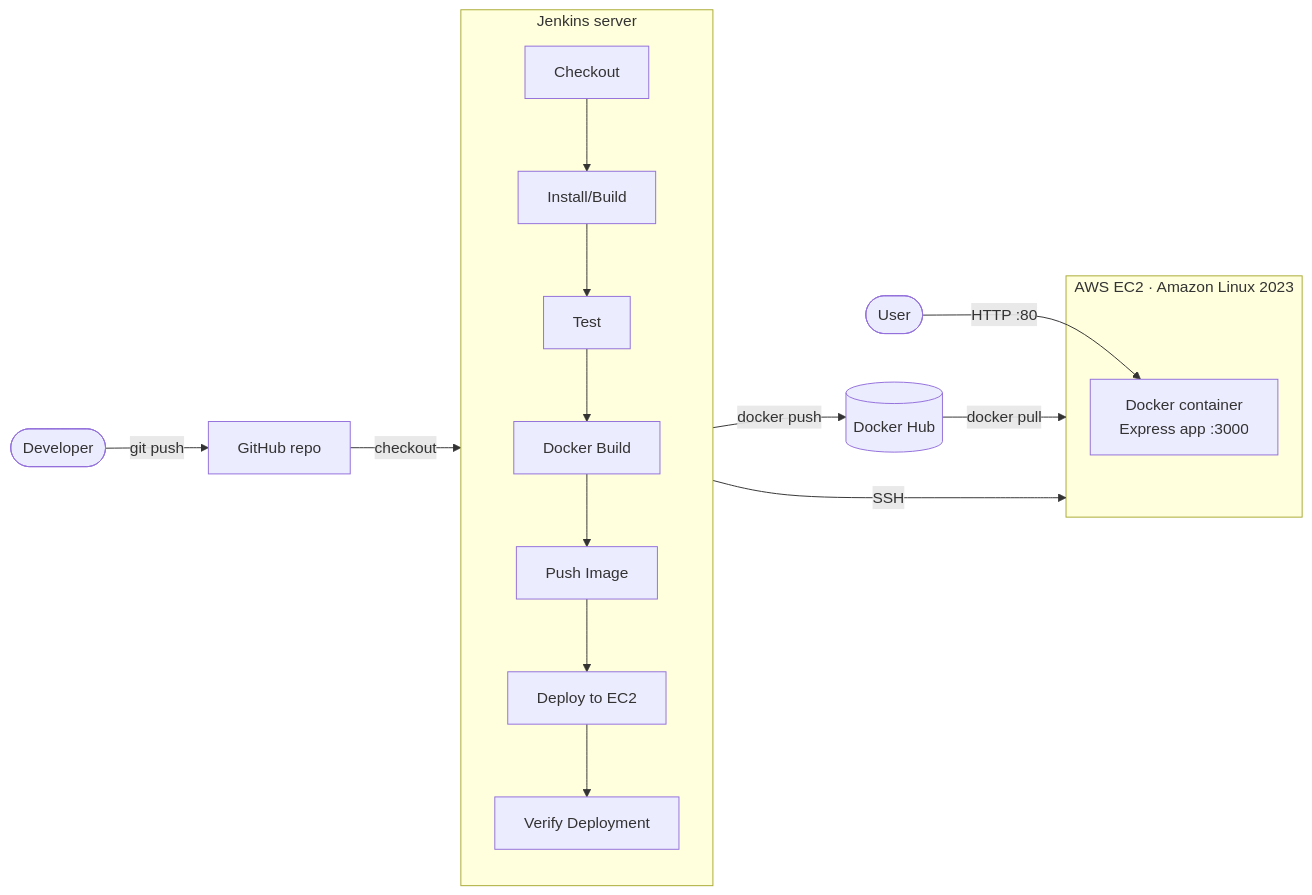
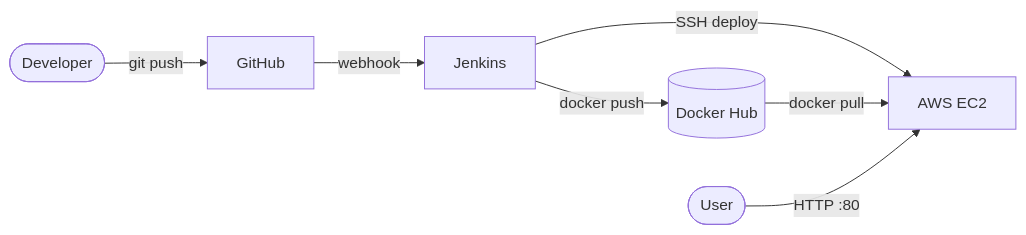
One commit to Mbaduko/pipeline-jenkins changed the diagram in README.md. Above: the diagram before and after it, drawn with Mermaid. The commit also changed other lines of this file, not shown here.

````diff
--- a/README.md
+++ b/README.md
@@ -33,20 +7,9 @@
 ```mermaid
 flowchart LR
-    dev([Developer]) -->|git push| gh[GitHub repo]
-    gh -->|checkout| jenkins
-
-    subgraph jenkins[Jenkins server]
-        direction TB
-        s1[Checkout] --> s2[Install/Build] --> s3[Test] --> s4[Docker Build] --> s5[Push Image] --> s6[Deploy to EC2] --> s7[Verify Deployment]
-    end
-
-    s5 -->|docker push| hub[(Docker Hub)]
-    s6 -->|SSH| ec2
+    dev([Developer]) -->|git push| gh[GitHub]
+    gh -->|webhook| jenkins[Jenkins]
+    jenkins -->|docker push| hub[(Docker Hub)]
+    jenkins -->|SSH deploy| ec2[AWS EC2]
     hub -->|docker pull| ec2
-
-    subgraph ec2[AWS EC2 · Amazon Linux 2023]
-        app[Docker container<br/>Express app :3000]
-    end
-
-    user([User]) -->|HTTP :80| app
+    user([User]) -->|HTTP :80| ec2
 ```
````
